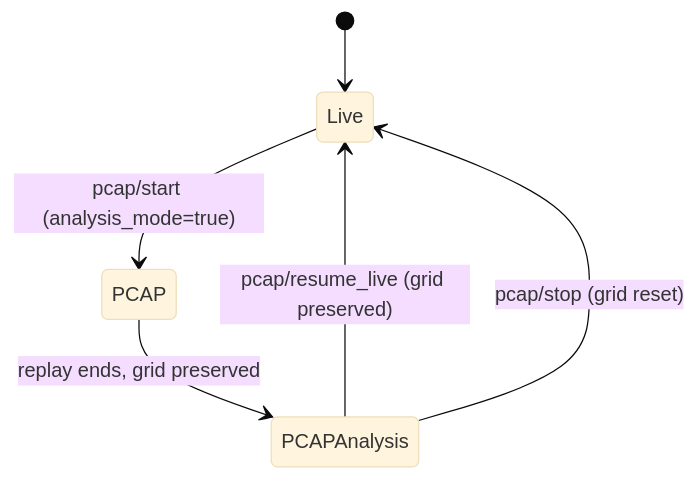
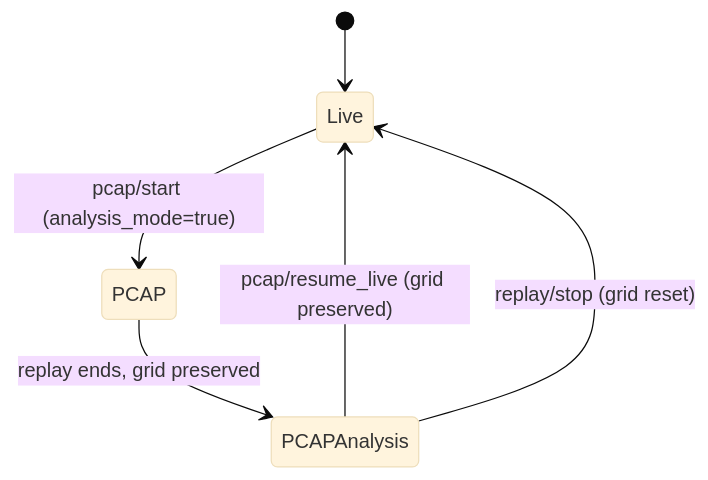
Before and after one commit to banshee-data/velocity.report: the first of 3 diagrams in docs/lidar/operations/pcap-analysis-mode.md, drawn with Mermaid (base theme). The commit also changed other lines of this file and 22 other files, not shown here.

First line of the commit message:
[ai][go][docs] One stop route; PCAP returns to live; clear background on switch

````diff
--- a/docs/lidar/operations/pcap-analysis-mode.md
+++ b/docs/lidar/operations/pcap-analysis-mode.md
@@ -193,8 +193,8 @@
 ```mermaid
 stateDiagram-v2
 	[*] --> Live
 	Live --> PCAP: pcap/start (analysis_mode=true)
 	PCAP --> PCAPAnalysis: replay ends, grid preserved
 	PCAPAnalysis --> Live: pcap/resume_live (grid preserved)
-	PCAPAnalysis --> Live: pcap/stop (grid reset)
+	PCAPAnalysis --> Live: replay/stop (grid reset)
 ```
````
